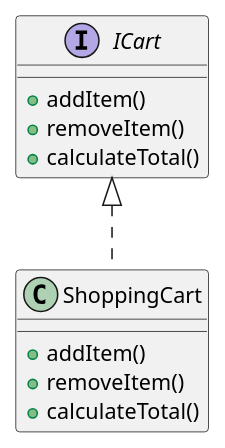
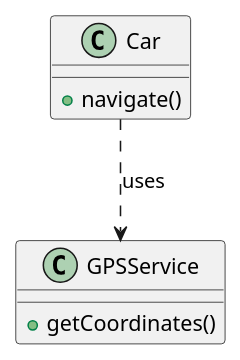
Before and after one commit to andikatjacobdennis/UML: the sixth of 9 diagrams in relationships/UML_Relationships_Tutorial.md, drawn with PlantUML. The commit also changed other lines of this file, not shown here.

````diff
--- a/relationships/UML_Relationships_Tutorial.md
+++ b/relationships/UML_Relationships_Tutorial.md
@@ -190,16 +109,11 @@
 ```plantuml
 @startuml
-interface ICart {
-  +addItem()
-  +removeItem()
-  +calculateTotal()
+class Car {
+  +navigate()
 }
-class ShoppingCart {
-  +addItem()
-  +removeItem()
-  +calculateTotal()
+class GPSService {
+  +getCoordinates()
 }
-
-ICart <|.. ShoppingCart
+Car ..> GPSService : uses
 @enduml
 ```
````
